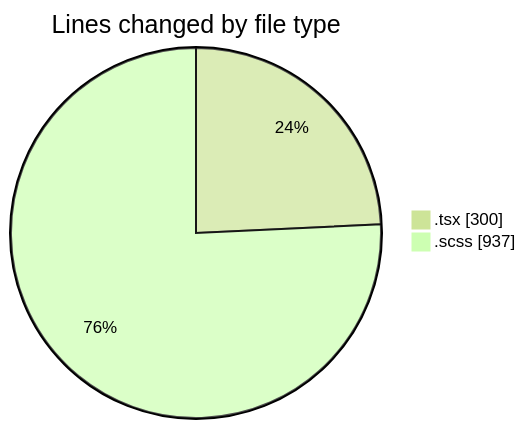
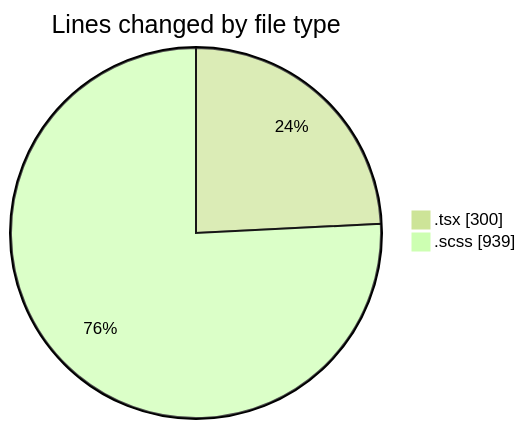
The first of 2 diagrams in 2025-09-19/cda/README.md (momahboobian/code-tracking), drawn with Mermaid (forest theme) before and after one commit. The commit also changed other lines of this file and 1 other file, not shown here.

````diff
--- a/2025-09-19/cda/README.md
+++ b/2025-09-19/cda/README.md
@@ -21,6 +21,6 @@
 ```mermaid
 pie showData
 title Lines changed by file type
 ".tsx" : 300
-".scss" : 937
+".scss" : 939
 ```
````
